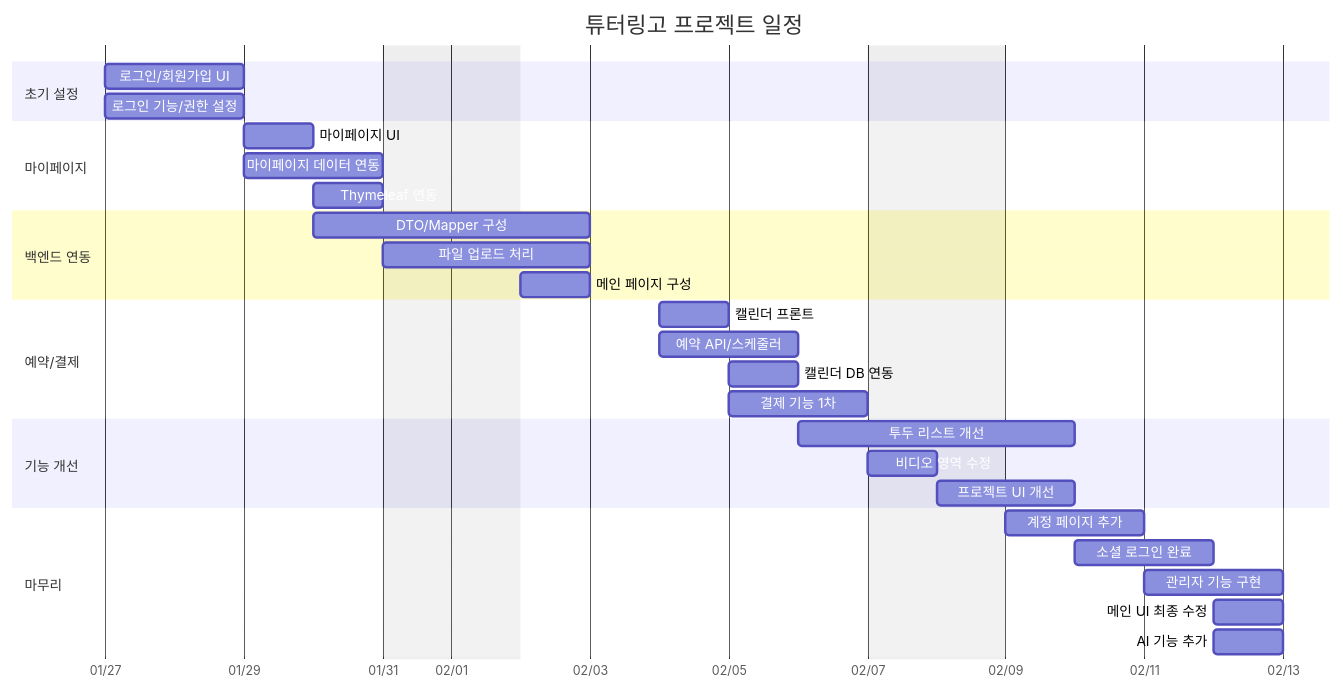
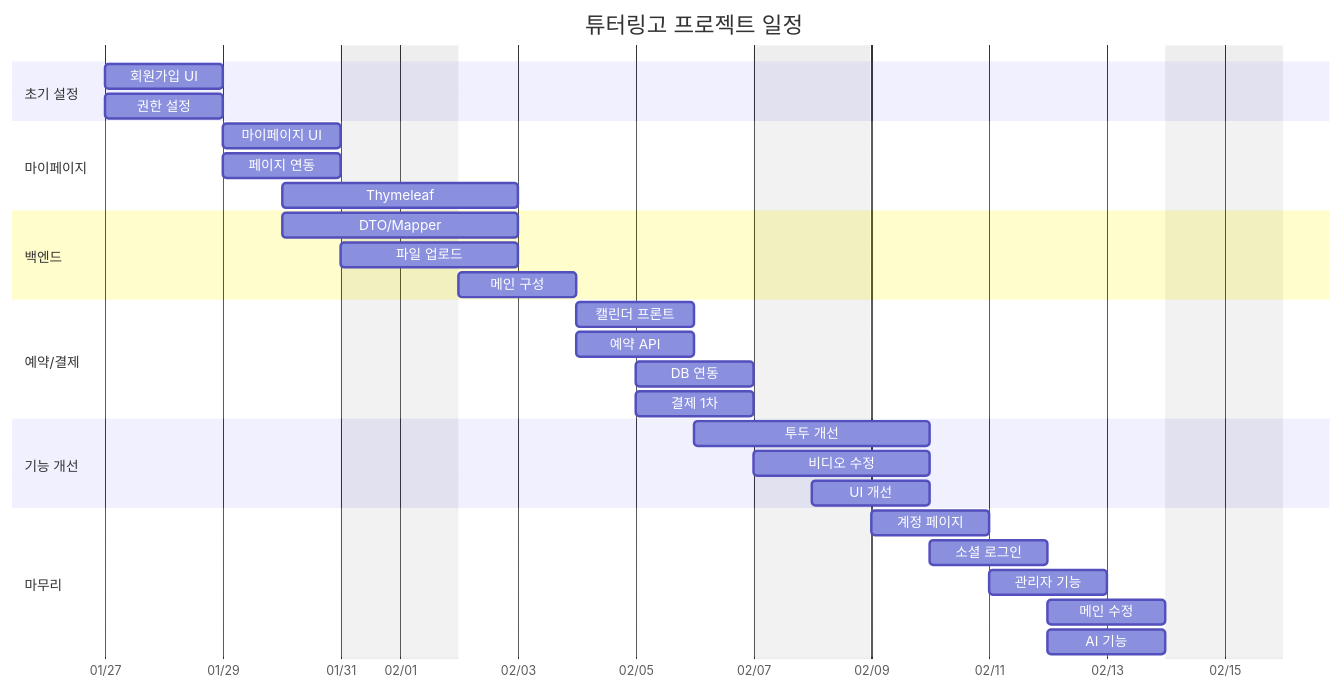
One commit to Numpad73192846/MSA15_Project changed the diagram in README.md. Above: the diagram before and after it, drawn with Mermaid. The commit also changed other lines of this file, not shown here.

````diff
--- a/README.md
+++ b/README.md
@@ -198,39 +201,39 @@
-  ```mermaid
-  gantt
-      title 튜터링고 프로젝트 일정
-      dateFormat YYYY-MM-DD
-      axisFormat %m/%d
-      excludes weekends
-  
-      section 초기 설정
-      로그인/회원가입 UI      :a1, 2026-01-27, 2d
-      로그인 기능/권한 설정   :a2, 2026-01-27, 2d
-  
-      section 마이페이지
-      마이페이지 UI          :b1, 2026-01-29, 1d
-      마이페이지 데이터 연동  :b2, 2026-01-29, 2d
-      Thymeleaf 연동         :b3, 2026-01-30, 1d
-  
-      section 백엔드 연동
-      DTO/Mapper 구성       :c1, 2026-01-30, 2d
-      파일 업로드 처리       :c2, 2026-01-31, 2d
-      메인 페이지 구성       :c3, 2026-02-02, 1d
-  
-      section 예약/결제
-      캘린더 프론트         :d1, 2026-02-04, 1d
-      예약 API/스케줄러      :d2, 2026-02-04, 2d
-      캘린더 DB 연동        :d3, 2026-02-05, 1d
-      결제 기능 1차         :d4, 2026-02-05, 2d
-  
-      section 기능 개선
-      투두 리스트 개선      :e1, 2026-02-06, 2d
-      비디오 영역 수정      :e2, 2026-02-07, 1d
-      프로젝트 UI 개선      :e3, 2026-02-08, 2d
-  
-      section 마무리
-      계정 페이지 추가      :f1, 2026-02-09, 2d
-      소셜 로그인 완료      :f2, 2026-02-10, 2d
-      관리자 기능 구현      :f3, 2026-02-11, 2d
-      메인 UI 최종 수정     :f4, 2026-02-12, 1d
-      AI 기능 추가         :f5, 2026-02-12, 1d
+```mermaid
+gantt
+    title 튜터링고 프로젝트 일정
+    dateFormat YYYY-MM-DD
+    axisFormat %m/%d
+    excludes weekends
+
+    section 초기 설정
+    회원가입 UI    :a1, 2026-01-27, 2d
+    권한 설정      :a2, 2026-01-27, 2d
+
+    section 마이페이지
+    마이페이지 UI  :b1, 2026-01-29, 2d
+    페이지 연동    :b2, 2026-01-29, 2d
+    Thymeleaf      :b3, 2026-01-30, 2d
+
+    section 백엔드
+    DTO/Mapper     :c1, 2026-01-30, 2d
+    파일 업로드    :c2, 2026-01-31, 2d
+    메인 구성      :c3, 2026-02-02, 2d
+
+    section 예약/결제
+    캘린더 프론트  :d1, 2026-02-04, 2d
+    예약 API       :d2, 2026-02-04, 2d
+    DB 연동        :d3, 2026-02-05, 2d
+    결제 1차       :d4, 2026-02-05, 2d
+
+    section 기능 개선
+    투두 개선      :e1, 2026-02-06, 2d
+    비디오 수정    :e2, 2026-02-07, 2d
+    UI 개선        :e3, 2026-02-08, 2d
+
+    section 마무리
+    계정 페이지    :f1, 2026-02-09, 2d
+    소셜 로그인    :f2, 2026-02-10, 2d
+    관리자 기능    :f3, 2026-02-11, 2d
+    메인 수정      :f4, 2026-02-12, 2d
+    AI 기능        :f5, 2026-02-12, 2d
   ```
````
